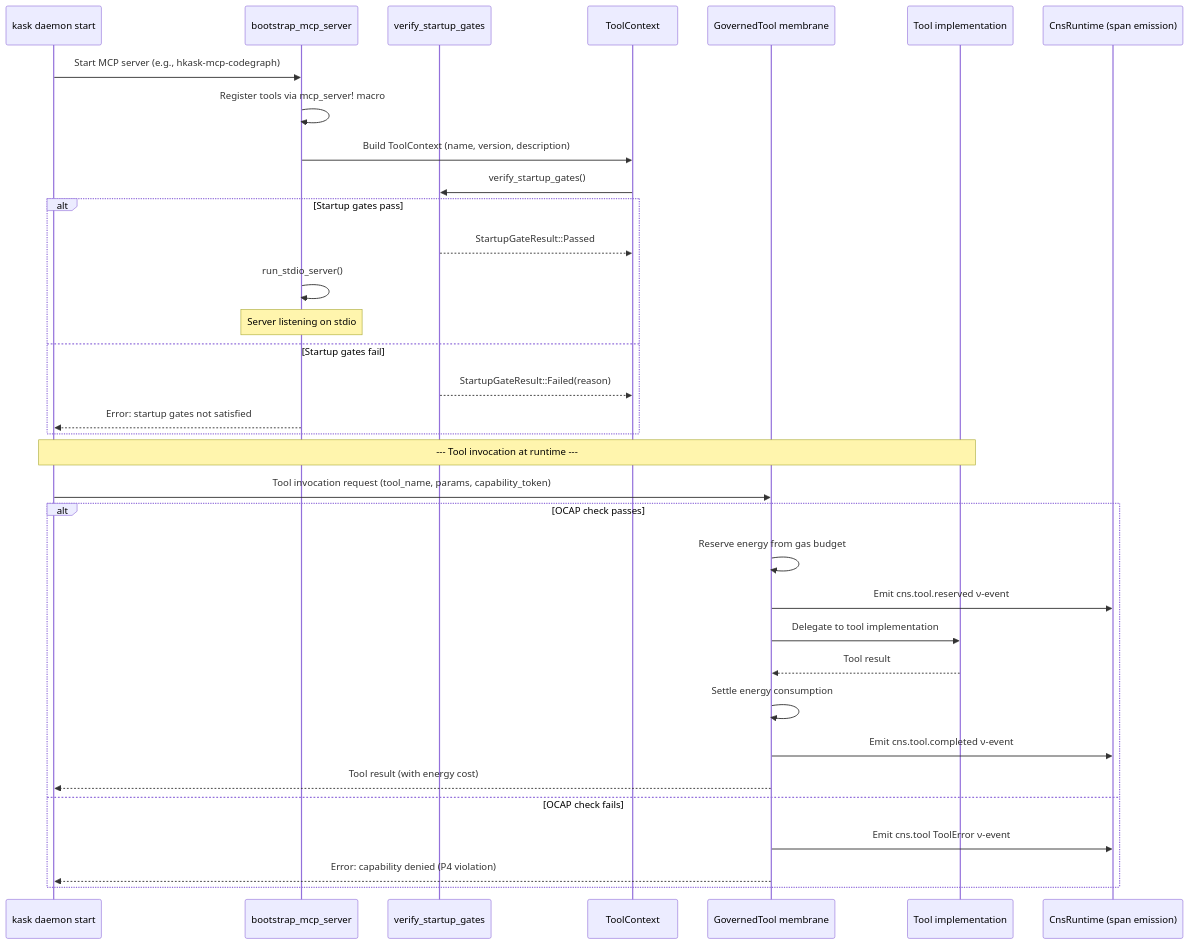
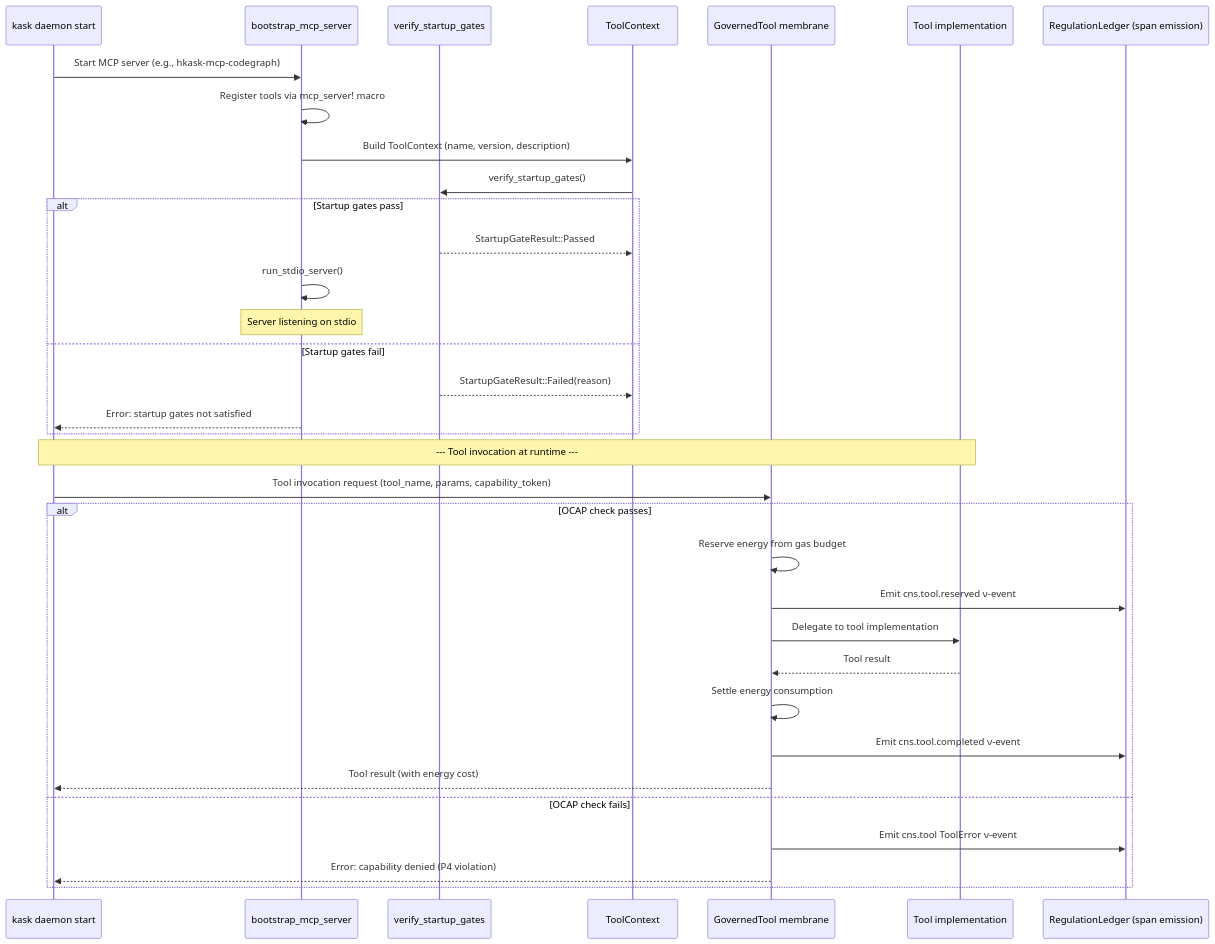
Diagram 15 of 15 in docs/explanation/architecture-patterns.md (mdz-axo/hKask), drawn with Mermaid before and after one commit. The commit also changed other lines of this file and 35 other files, not shown here.

First line of the commit message:
document update - name change cns to regulationRename CNS types to regulation terminology in docs

````diff
--- a/docs/explanation/architecture-patterns.md
+++ b/docs/explanation/architecture-patterns.md
@@ -2239,41 +2239,41 @@
 ```mermaid
 sequenceDiagram
     participant CLI as kask daemon start
     participant BOOT as bootstrap_mcp_server
     participant GATES as verify_startup_gates
     participant CTX as ToolContext
     participant OCAP as GovernedTool membrane
     participant TOOL as Tool implementation
-    participant CNS as CnsRuntime (span emission)
+    participant CNS as RegulationLedger (span emission)
 
     CLI->>BOOT: Start MCP server (e.g., hkask-mcp-codegraph)
     BOOT->>BOOT: Register tools via mcp_server! macro
     BOOT->>CTX: Build ToolContext (name, version, description)
     CTX->>GATES: verify_startup_gates()
     
     alt Startup gates pass
         GATES-->>CTX: StartupGateResult::Passed
         BOOT->>BOOT: run_stdio_server()
         Note over BOOT: Server listening on stdio
     else Startup gates fail
         GATES-->>CTX: StartupGateResult::Failed(reason)
         BOOT-->>CLI: Error: startup gates not satisfied
     end
 
     Note over CLI,TOOL: --- Tool invocation at runtime ---
 
     CLI->>OCAP: Tool invocation request (tool_name, params, capability_token)
     
     alt OCAP check passes
         OCAP->>OCAP: Reserve energy from gas budget
         OCAP->>CNS: Emit cns.tool.reserved ν-event
         OCAP->>TOOL: Delegate to tool implementation
         TOOL-->>OCAP: Tool result
         OCAP->>OCAP: Settle energy consumption
         OCAP->>CNS: Emit cns.tool.completed ν-event
         OCAP-->>CLI: Tool result (with energy cost)
     else OCAP check fails
         OCAP->>CNS: Emit cns.tool ToolError ν-event
         OCAP-->>CLI: Error: capability denied (P4 violation)
     end
 ```
````
